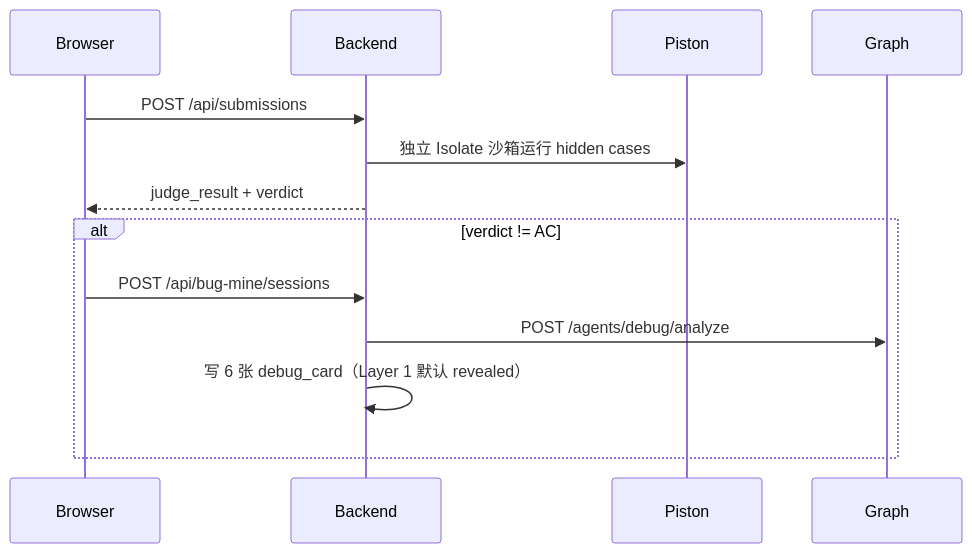
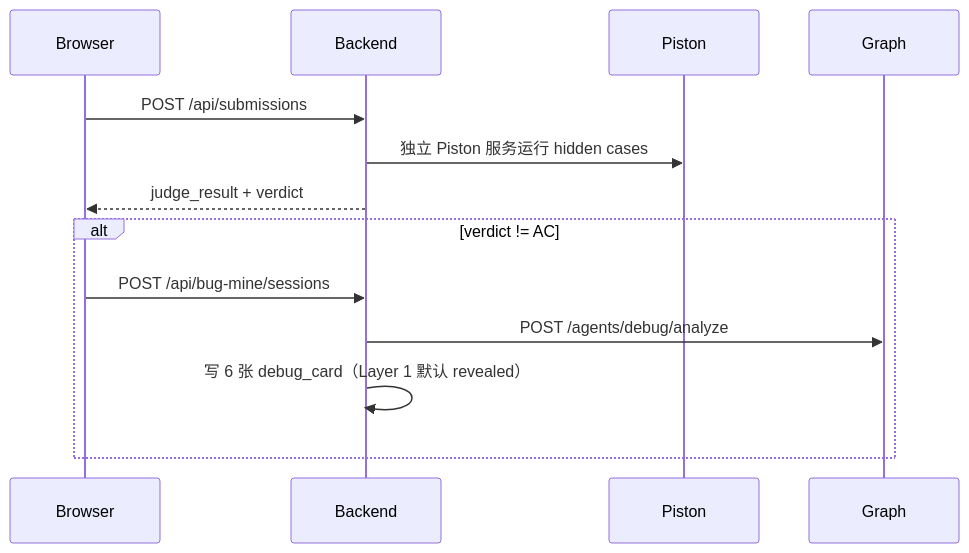
The sixth of 7 diagrams in docs/architecture/system_design.md (cypre5s/Pythontopia), drawn with Mermaid before and after one commit. The commit also changed 24 other files, not shown here.

````diff
--- a/docs/architecture/system_design.md
+++ b/docs/architecture/system_design.md
@@ -136,11 +136,11 @@
 ```mermaid
 sequenceDiagram
   Browser->>Backend: POST /api/submissions
-  Backend->>Piston: 独立 Isolate 沙箱运行 hidden cases
+  Backend->>Piston: 独立 Piston 服务运行 hidden cases
   Backend-->>Browser: judge_result + verdict
   alt verdict != AC
     Browser->>Backend: POST /api/bug-mine/sessions
     Backend->>Graph: POST /agents/debug/analyze
     Backend->>Backend: 写 6 张 debug_card（Layer 1 默认 revealed）
   end
 ```
````
